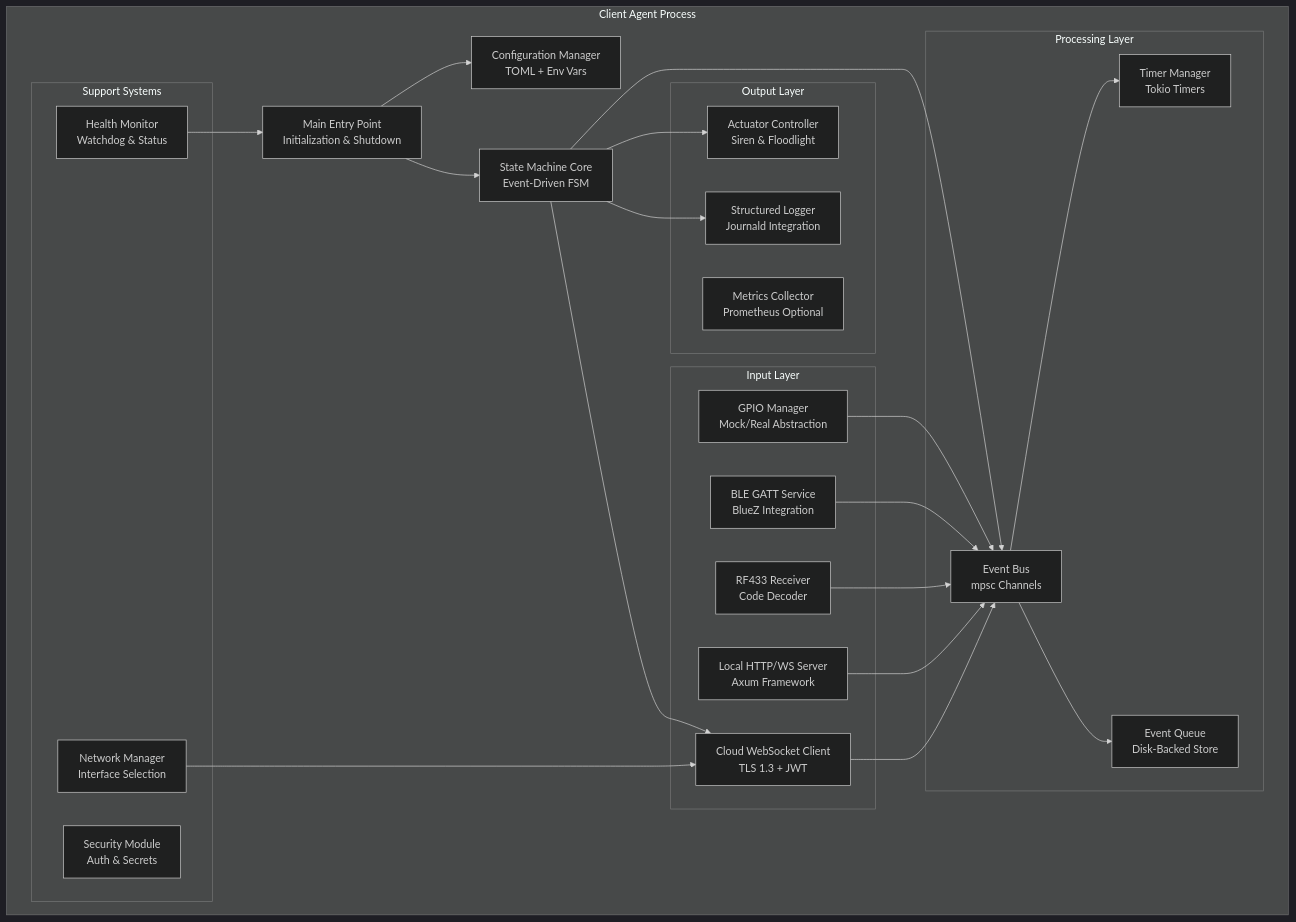
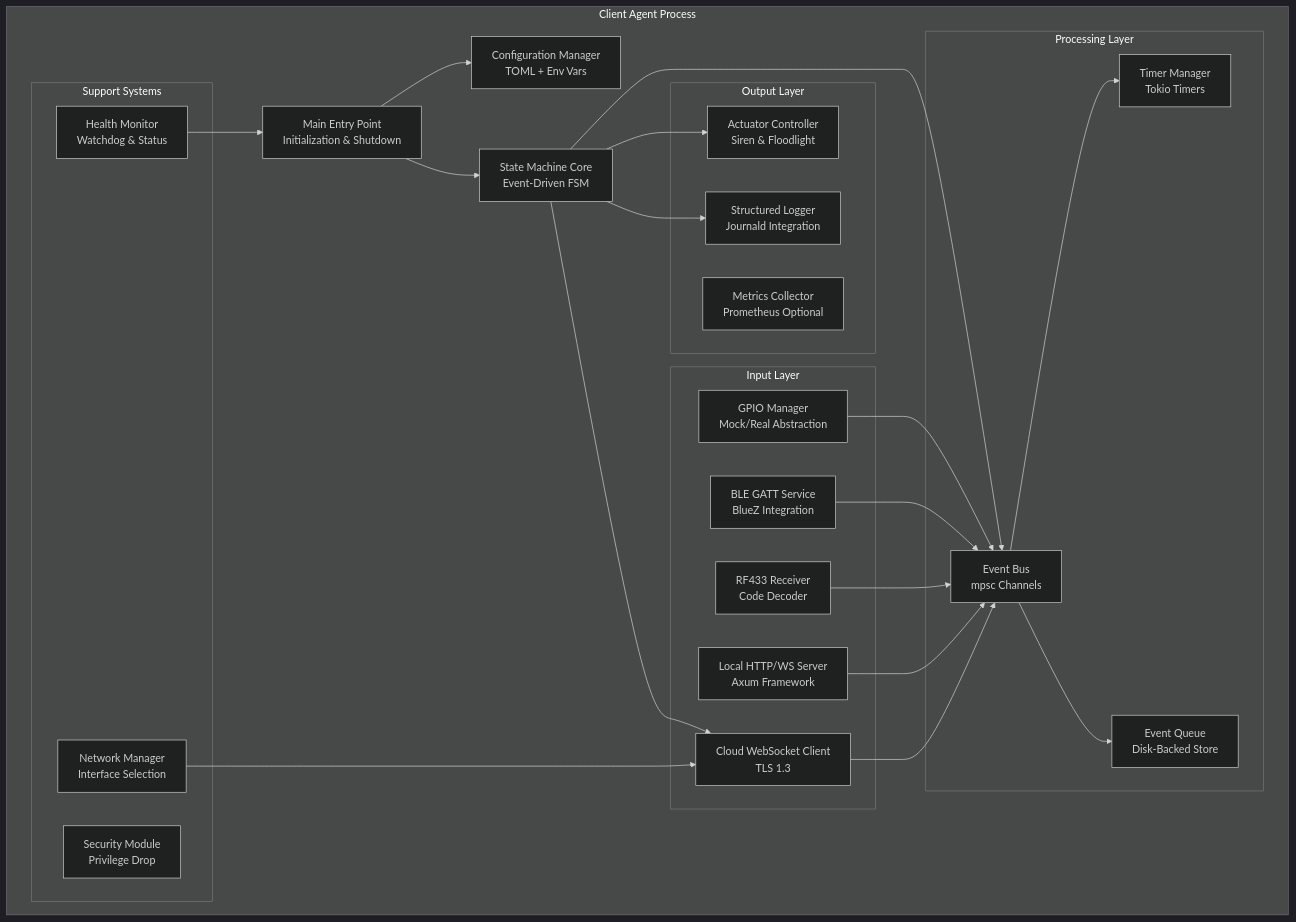
The first of 5 diagrams in client_server/docs/implementation_plan.md (freeoxide/pi-door-security), drawn with Mermaid (dark theme) before and after one commit. The commit also changed other lines of this file and 12 other files, not shown here.

First line of the commit message:
Refactor client-server architecture to eliminate persistent secret storage

````diff
--- a/client_server/docs/implementation_plan.md
+++ b/client_server/docs/implementation_plan.md
@@ -27,53 +27,53 @@
 ```mermaid
 graph TB
     subgraph "Client Agent Process"
         Main[Main Entry Point<br/>Initialization & Shutdown]
         Config[Configuration Manager<br/>TOML + Env Vars]
         State[State Machine Core<br/>Event-Driven FSM]
         
         subgraph "Input Layer"
             GPIO[GPIO Manager<br/>Mock/Real Abstraction]
             BLE[BLE GATT Service<br/>BlueZ Integration]
             RF[RF433 Receiver<br/>Code Decoder]
             LocalAPI[Local HTTP/WS Server<br/>Axum Framework]
-            CloudWS[Cloud WebSocket Client<br/>TLS 1.3 + JWT]
+            CloudWS[Cloud WebSocket Client<br/>TLS 1.3]
         end
         
         subgraph "Processing Layer"
             Events[Event Bus<br/>mpsc Channels]
             Timers[Timer Manager<br/>Tokio Timers]
             Queue[Event Queue<br/>Disk-Backed Store]
         end
         
         subgraph "Output Layer"
             Actuators[Actuator Controller<br/>Siren & Floodlight]
             Logger[Structured Logger<br/>Journald Integration]
             Metrics[Metrics Collector<br/>Prometheus Optional]
         end
         
         subgraph "Support Systems"
             Network[Network Manager<br/>Interface Selection]
             Health[Health Monitor<br/>Watchdog & Status]
-            Security[Security Module<br/>Auth & Secrets]
+            Security[Security Module<br/>Privilege Drop]
         end
     end
     
     Main --> Config
     Main --> State
     State --> Events
     Events --> Timers
     Events --> Queue
     
     GPIO --> Events
     BLE --> Events
     RF --> Events
     LocalAPI --> Events
     CloudWS --> Events
     
     State --> Actuators
     State --> Logger
     State --> CloudWS
     
     Network --> CloudWS
     Health --> Main
 ```
````
